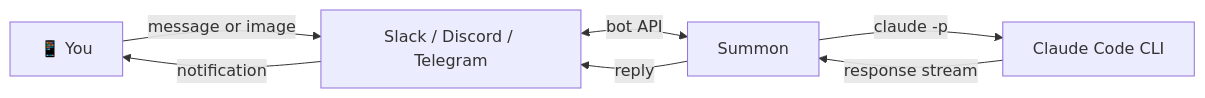
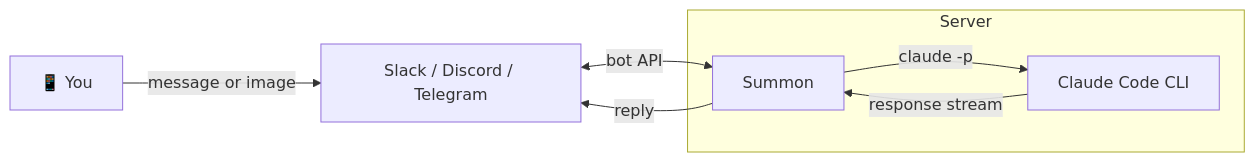
The diagram in README.md (HopperShell/Summon), drawn with Mermaid before and after one commit.

Commit message:
docs: add server subgraph to mermaid diagram

````diff
--- a/README.md
+++ b/README.md
@@ -13,9 +13,14 @@
 ```mermaid
 graph LR
     You["📱 You"] -->|message or image| Chat["Slack / Discord / Telegram"]
+
+    subgraph Server
+        Summon["Summon"]
+        CLI["Claude Code CLI"]
+        Summon -->|claude -p| CLI
+        CLI -->|response stream| Summon
+    end
+
     Chat <-->|bot API| Summon
-    Summon -->|claude -p| CLI["Claude Code CLI"]
-    CLI -->|response stream| Summon
     Summon -->|reply| Chat
-    Chat -->|notification| You
 ```
````
